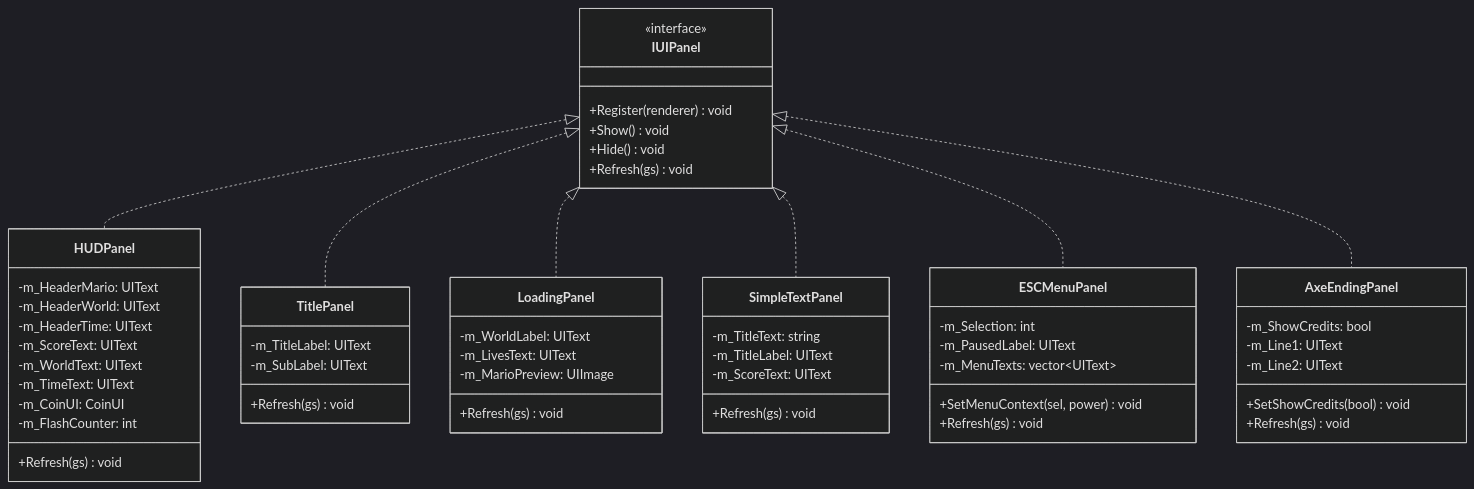
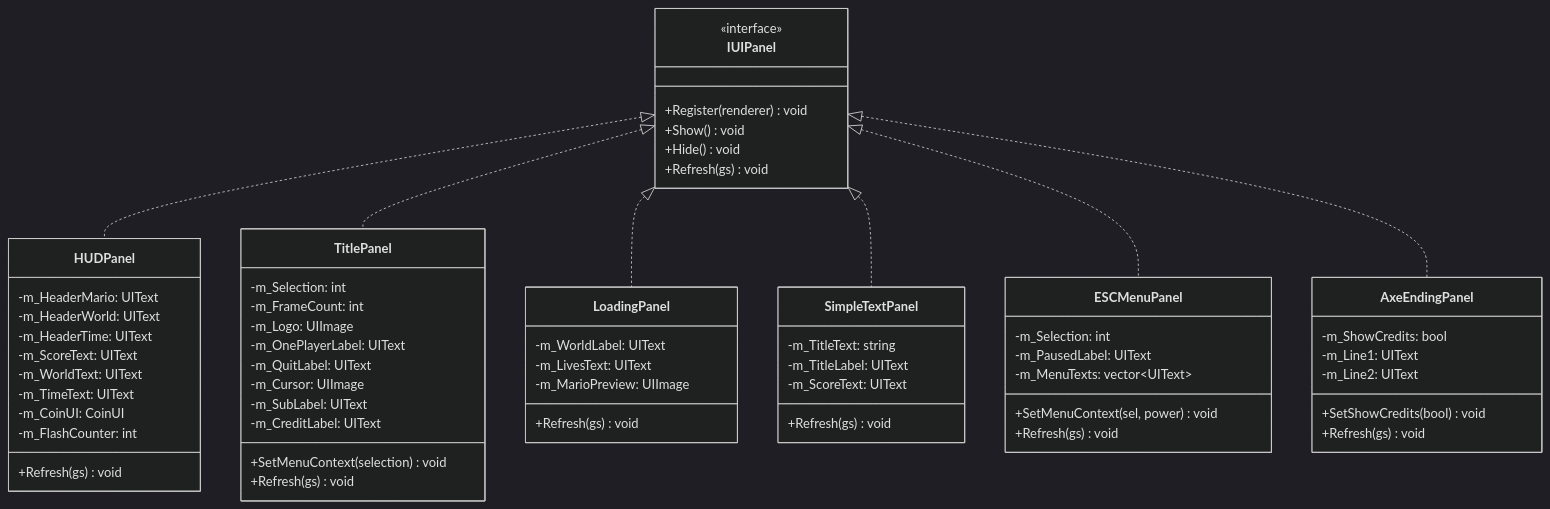
The seventh of 23 diagrams in Constructure.md (Andy87877/NTUT_OOPL_mario), drawn with Mermaid (dark theme) before and after one commit. The commit also changed other lines of this file and 4 other files, not shown here.

Commit message:
refactor: Enhance TitlePanel with developer credit label and adjust UIManager copyright position

````diff
--- a/Constructure.md
+++ b/Constructure.md
@@ -518,58 +518,65 @@
 ```mermaid
 classDiagram
     class IUIPanel {
         <<interface>>
         +Register(renderer) void
         +Show() void
         +Hide() void
         +Refresh(gs) void
     }
     class HUDPanel {
         +Refresh(gs) void
         -m_HeaderMario: UIText
         -m_HeaderWorld: UIText
         -m_HeaderTime: UIText
         -m_ScoreText: UIText
         -m_WorldText: UIText
         -m_TimeText: UIText
         -m_CoinUI: CoinUI
         -m_FlashCounter: int
     }
     class TitlePanel {
+        +SetMenuContext(selection) void
         +Refresh(gs) void
-        -m_TitleLabel: UIText
+        -m_Selection: int
+        -m_FrameCount: int
+        -m_Logo: UIImage
+        -m_OnePlayerLabel: UIText
+        -m_QuitLabel: UIText
+        -m_Cursor: UIImage
         -m_SubLabel: UIText
+        -m_CreditLabel: UIText
     }
     class LoadingPanel {
         +Refresh(gs) void
         -m_WorldLabel: UIText
         -m_LivesText: UIText
         -m_MarioPreview: UIImage
     }
     class SimpleTextPanel {
         +Refresh(gs) void
         -m_TitleText: string
         -m_TitleLabel: UIText
         -m_ScoreText: UIText
     }
     class ESCMenuPanel {
         +SetMenuContext(sel, power) void
         +Refresh(gs) void
         -m_Selection: int
         -m_PausedLabel: UIText
         -m_MenuTexts: vector~UIText~
     }
     class AxeEndingPanel {
         +SetShowCredits(bool) void
         +Refresh(gs) void
         -m_ShowCredits: bool
         -m_Line1: UIText
         -m_Line2: UIText
     }
     IUIPanel <|.. HUDPanel
     IUIPanel <|.. TitlePanel
     IUIPanel <|.. LoadingPanel
     IUIPanel <|.. SimpleTextPanel
     IUIPanel <|.. ESCMenuPanel
     IUIPanel <|.. AxeEndingPanel
 ```
````
